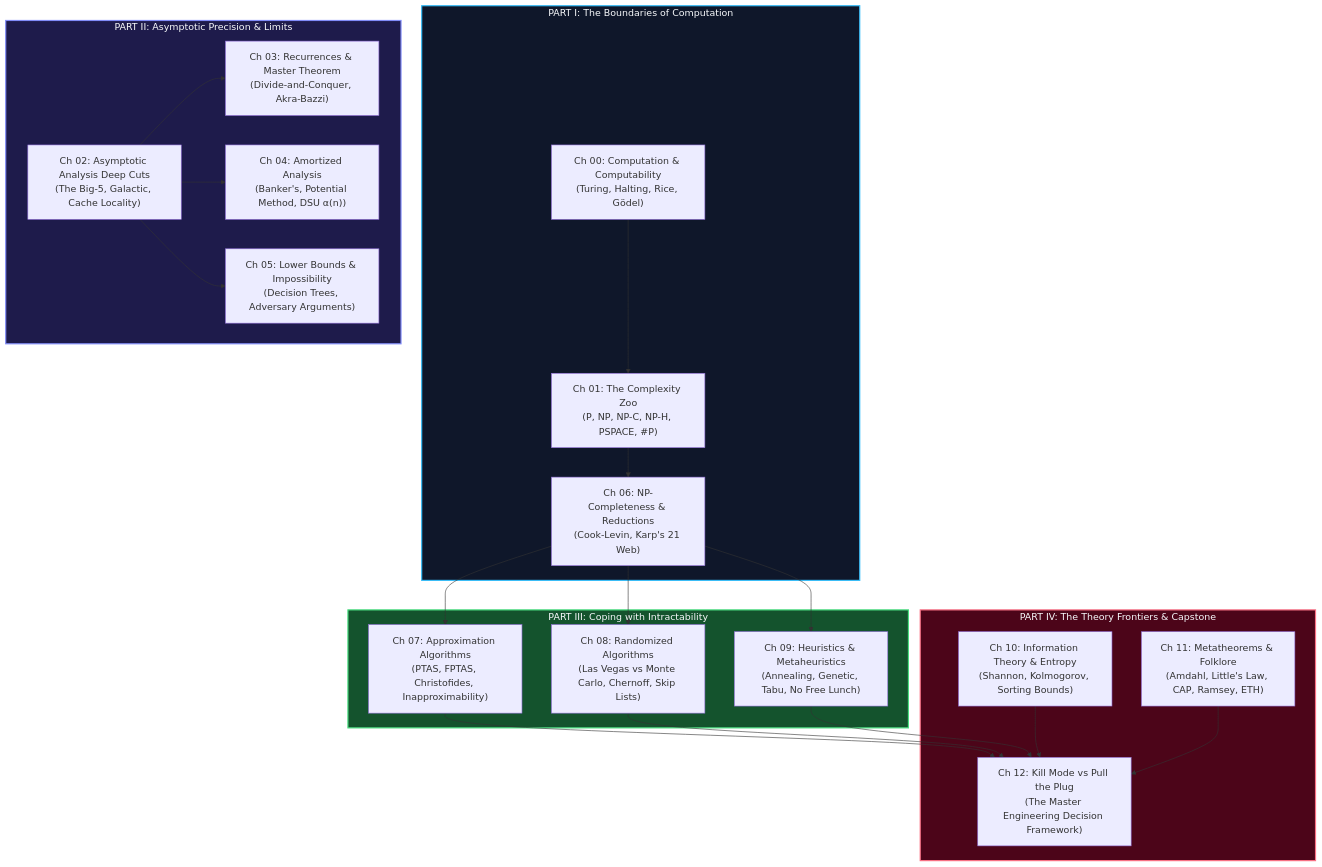
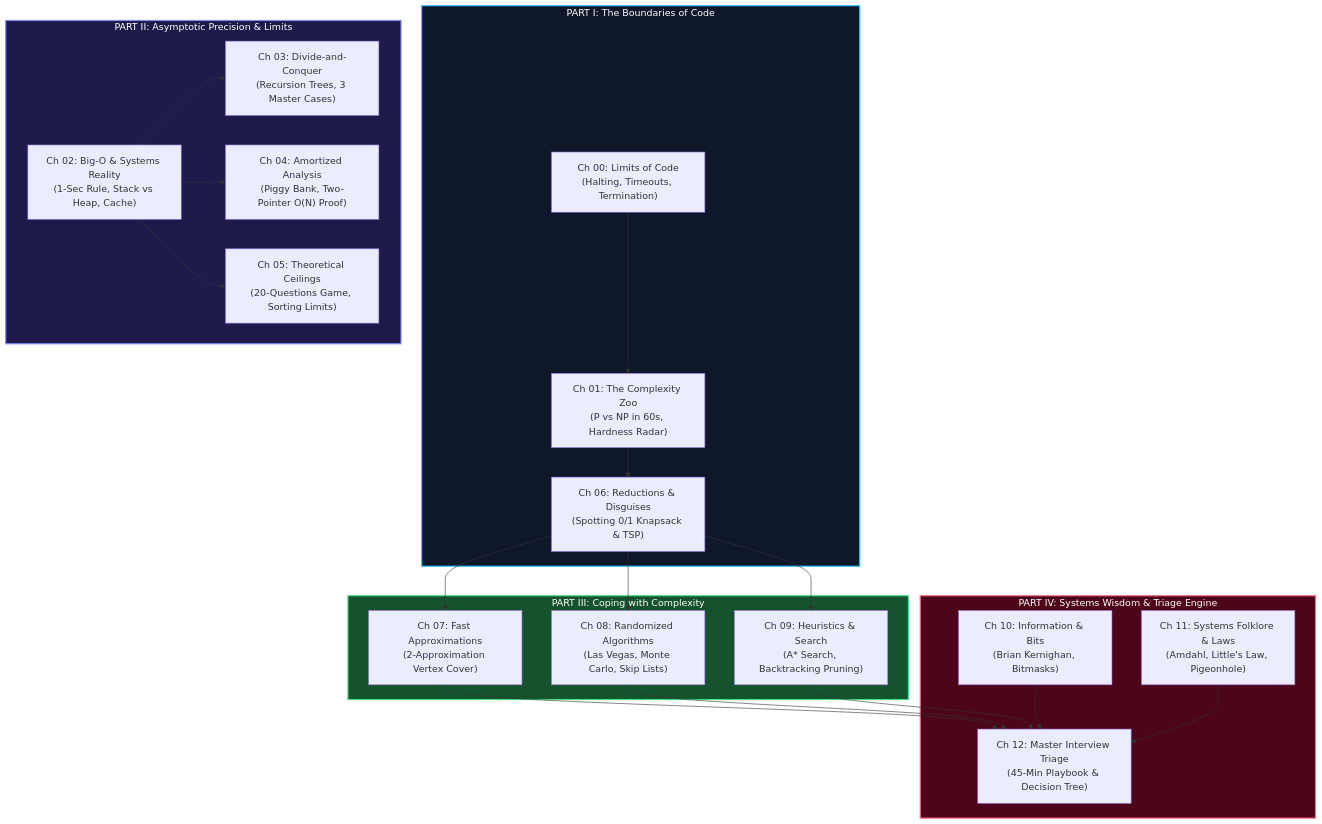
One commit to vadde/DSA changed the second of 2 diagrams in 00 - Fundamentals/000 - Theoretical Foundations (The Complete Guide)/README.md. Above: the diagram before and after it, drawn with Mermaid. The commit also changed other lines of this file and 14 other files, not shown here.

First line of the commit message:
refactor(theory): overhaul theoretical foundations for senior engineer interview prep

````diff
--- a/00 - Fundamentals/000 - Theoretical Foundations (The Complete Guide)/README.md
+++ b/00 - Fundamentals/000 - Theoretical Foundations (The Complete Guide)/README.md
@@ -40,44 +59,44 @@
 ```mermaid
 flowchart TD
-    subgraph Part1["PART I: The Boundaries of Computation"]
-        CH0["Ch 00: Computation & Computability\n(Turing, Halting, Rice, Gödel)"]
-        CH1["Ch 01: The Complexity Zoo\n(P, NP, NP-C, NP-H, PSPACE, #P)"]
-        CH6["Ch 06: NP-Completeness & Reductions\n(Cook-Levin, Karp's 21 Web)"]
+    subgraph Part1["PART I: The Boundaries of Code"]
+        CH0["Ch 00: Limits of Code\n(Halting, Timeouts, Termination)"]
+        CH1["Ch 01: The Complexity Zoo\n(P vs NP in 60s, Hardness Radar)"]
+        CH6["Ch 06: Reductions & Disguises\n(Spotting 0/1 Knapsack & TSP)"]
         CH0 --> CH1 --> CH6
     end
 
     subgraph Part2["PART II: Asymptotic Precision & Limits"]
-        CH2["Ch 02: Asymptotic Analysis Deep Cuts\n(The Big-5, Galactic, Cache Locality)"]
-        CH3["Ch 03: Recurrences & Master Theorem\n(Divide-and-Conquer, Akra-Bazzi)"]
-        CH4["Ch 04: Amortized Analysis\n(Banker's, Potential Method, DSU α(n))"]
-        CH5["Ch 05: Lower Bounds & Impossibility\n(Decision Trees, Adversary Arguments)"]
+        CH2["Ch 02: Big-O & Systems Reality\n(1-Sec Rule, Stack vs Heap, Cache)"]
+        CH3["Ch 03: Divide-and-Conquer\n(Recursion Trees, 3 Master Cases)"]
+        CH4["Ch 04: Amortized Analysis\n(Piggy Bank, Two-Pointer O(N) Proof)"]
+        CH5["Ch 05: Theoretical Ceilings\n(20-Questions Game, Sorting Limits)"]
         CH2 --> CH3
         CH2 --> CH4
         CH2 --> CH5
     end
 
-    subgraph Part3["PART III: Coping with Intractability"]
-        CH7["Ch 07: Approximation Algorithms\n(PTAS, FPTAS, Christofides, Inapproximability)"]
-        CH8["Ch 08: Randomized Algorithms\n(Las Vegas vs Monte Carlo, Chernoff, Skip Lists)"]
-        CH9["Ch 09: Heuristics & Metaheuristics\n(Annealing, Genetic, Tabu, No Free Lunch)"]
+    subgraph Part3["PART III: Coping with Complexity"]
+        CH7["Ch 07: Fast Approximations\n(2-Approximation Vertex Cover)"]
+        CH8["Ch 08: Randomized Algorithms\n(Las Vegas, Monte Carlo, Skip Lists)"]
+        CH9["Ch 09: Heuristics & Search\n(A* Search, Backtracking Pruning)"]
         CH6 --> CH7
         CH6 --> CH8
         CH6 --> CH9
     end
 
-    subgraph Part4["PART IV: The Theory Frontiers & Capstone"]
-        CH10["Ch 10: Information Theory & Entropy\n(Shannon, Kolmogorov, Sorting Bounds)"]
-        CH11["Ch 11: Metatheorems & Folklore\n(Amdahl, Little's Law, CAP, Ramsey, ETH)"]
-        CH12["Ch 12: Kill Mode vs Pull the Plug\n(The Master Engineering Decision Framework)"]
+    subgraph Part4["PART IV: Systems Wisdom & Triage Engine"]
+        CH10["Ch 10: Information & Bits\n(Brian Kernighan, Bitmasks)"]
+        CH11["Ch 11: Systems Folklore & Laws\n(Amdahl, Little's Law, Pigeonhole)"]
+        CH12["Ch 12: Master Interview Triage\n(45-Min Playbook & Decision Tree)"]
         CH7 --> CH12
         CH8 --> CH12
         CH9 --> CH12
         CH10 --> CH12
         CH11 --> CH12
     end
 
-    style Part1 fill:#0f172a,color:#f8fafc,stroke:#38bdf8,stroke-width:2px
-    style Part2 fill:#1e1b4b,color:#f8fafc,stroke:#818cf8,stroke-width:2px
-    style Part3 fill:#14532d,color:#f8fafc,stroke:#4ade80,stroke-width:2px
-    style Part4 fill:#4c0519,color:#f8fafc,stroke:#fb7185,stroke-width:2px
+    style Part1 fill:#0f172a,stroke:#38bdf8,stroke-width:2px,color:#fff
+    style Part2 fill:#1e1b4b,stroke:#818cf8,stroke-width:2px,color:#fff
+    style Part3 fill:#14532d,stroke:#4ade80,stroke-width:2px,color:#fff
+    style Part4 fill:#4c0519,stroke:#fb7185,stroke-width:2px,color:#fff
 ```
````
